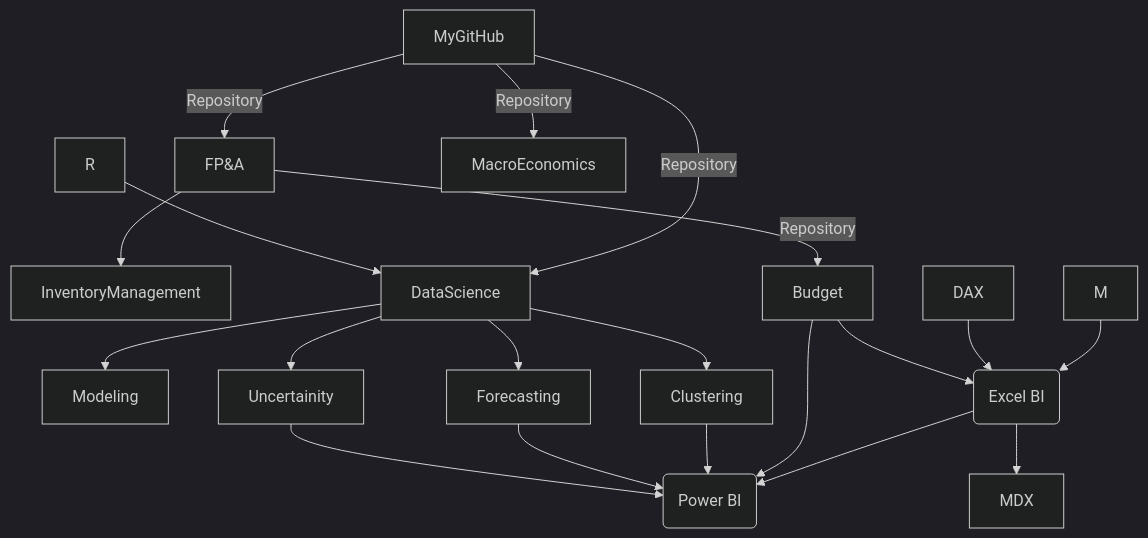
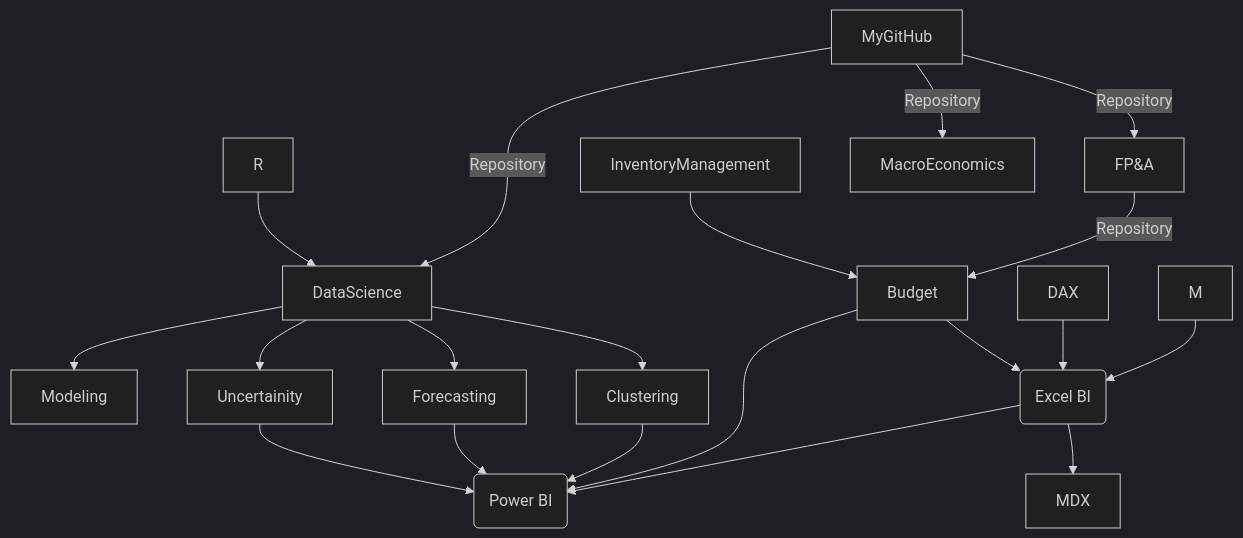
One commit to md3629/md3629 changed the diagram in README.md. Above: the diagram before and after it, drawn with Mermaid (dark theme).

````diff
--- a/README.md
+++ b/README.md
@@ -9,22 +9,22 @@
 ```mermaid
 graph TD;
     MyGitHub-->|Repository|FP&A;
-    FP&A-->InventoryManagement;
+    InventoryManagement-->Budget;
     FP&A-->|Repository|Budget;
     R-->DataScience;
     MyGitHub-->|Repository|DataScience;
     MyGitHub-->|Repository|MacroEconomics;
     DataScience-->Modeling;
     DataScience-->Forecasting;
     DataScience-->Clustering;
     DataScience-->Uncertainity;
     Uncertainity-->P(Power BI);
     Forecasting-->P(Power BI);
     Clustering-->P(Power BI);
     Budget-->P(Power BI);
     Budget-->E(Excel BI);
     DAX-->E(Excel BI);
     M-->E(Excel BI);
     E(Excel BI)-->P(Power BI);
     E(Excel BI)-->MDX;
 ```
````
